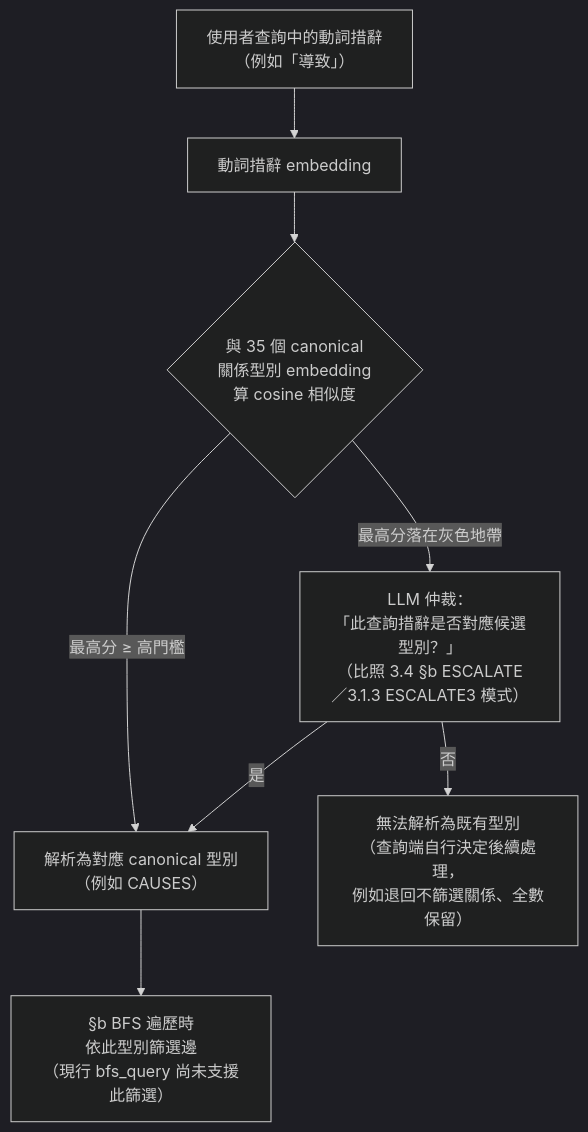
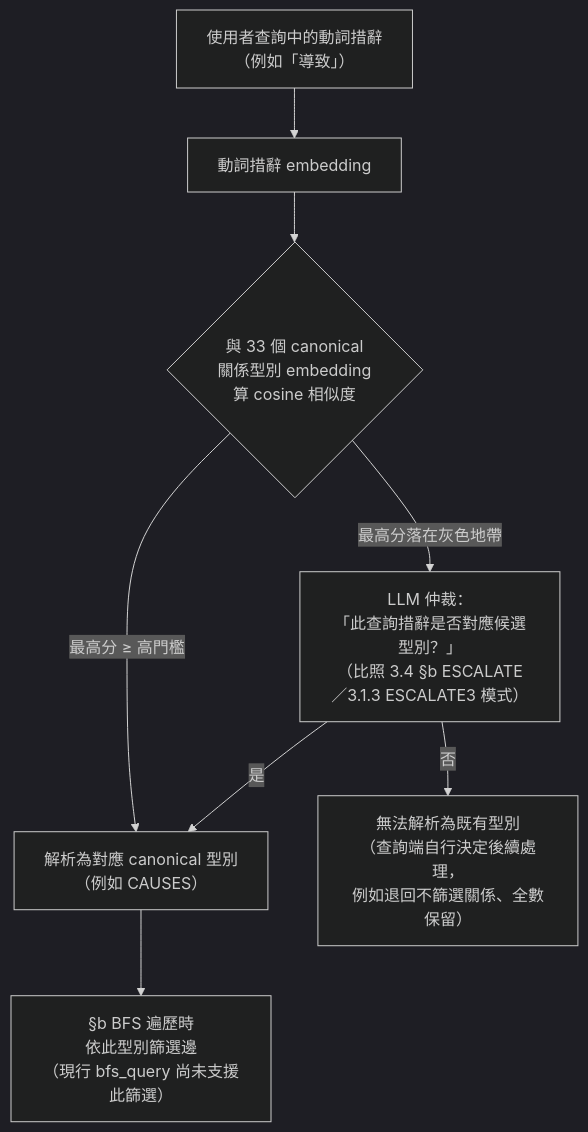
Before and after one commit to Chester930/world-knowledge-graph-rag: the tenth of 15 diagrams in docs/論文/03_系統設計與方法論.md, drawn with Mermaid (dark theme). The commit also changed other lines of this file and 7 other files, not shown here.

First line of the commit message:
docs(thesis): 訂正 ConceptNet 關係型別 35→33（跟進官方 wiki 棄用建議），補齊 SIM 描述句 embedding 設計依據

````diff
--- a/docs/論文/03_系統設計與方法論.md
+++ b/docs/論文/03_系統設計與方法論.md
@@ -373,10 +373,10 @@
 ```mermaid
 flowchart TD
     UQ["使用者查詢中的動詞措辭<br/>（例如「導致」）"] --> QEMB["動詞措辭 embedding"]
-    QEMB --> QSIM{"與 35 個 canonical<br/>關係型別 embedding<br/>算 cosine 相似度"}
+    QEMB --> QSIM{"與 33 個 canonical<br/>關係型別 embedding<br/>算 cosine 相似度"}
     QSIM -->|"最高分 ≥ 高門檻"| QASSIGN["解析為對應 canonical 型別<br/>（例如 CAUSES）"]
     QSIM -->|"最高分落在灰色地帶"| QESCALATE["LLM 仲裁：<br/>「此查詢措辭是否對應候選型別？」<br/>（比照 3.4 §b ESCALATE／3.1.3 ESCALATE3 模式）"]
     QESCALATE -->|是| QASSIGN
     QESCALATE -->|否| QNOMATCH["無法解析為既有型別<br/>（查詢端自行決定後續處理，<br/>例如退回不篩選關係、全數保留）"]
     QASSIGN --> QFILTER["§b BFS 遍歷時<br/>依此型別篩選邊<br/>（現行 bfs_query 尚未支援此篩選）"]
 ```
````
